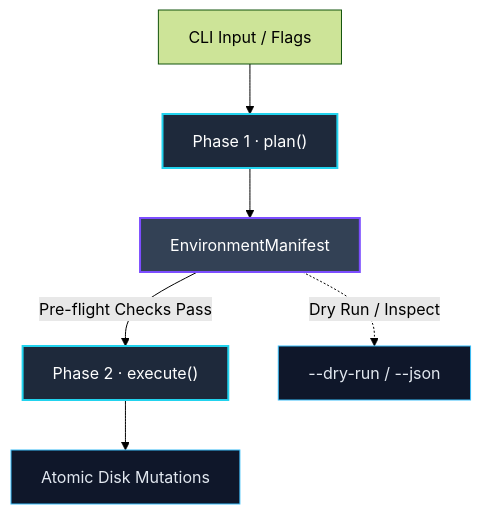
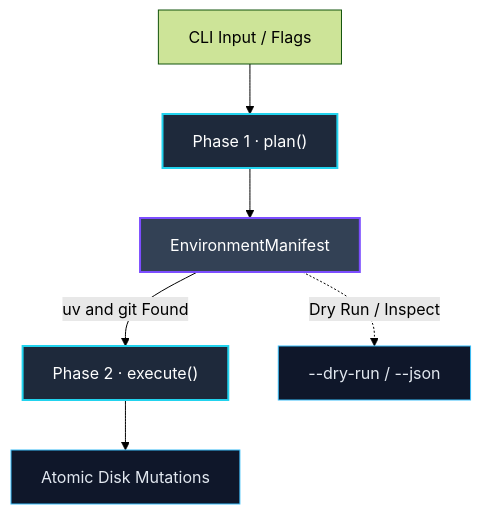
One commit to JacksonFergusonDev/protostar changed the first of 2 diagrams in docs/design-principles.md. Above: the diagram before and after it, drawn with Mermaid (forest theme). The commit also changed other lines of this file and 46 other files, not shown here.

First line of the commit message:
feat(engine)!: missing tools are data, not a fatal pre-flight (#345)

````diff
--- a/docs/design-principles.md
+++ b/docs/design-principles.md
@@ -59,12 +59,12 @@
 ```mermaid
 flowchart TD
     classDef phase fill:#1e293b,stroke:#22d3ee,stroke-width:2px,color:#fff;
     classDef manifest fill:#334155,stroke:#7c4dff,stroke-width:2px,color:#fff;
     classDef action fill:#0f172a,stroke:#38bdf8,stroke-width:1px,color:#e2e8f0;
 
     A[CLI Input / Flags] --> B["Phase 1 · plan()"]:::phase
     B --> C[EnvironmentManifest]:::manifest
-    C -->|Pre-flight Checks Pass| D["Phase 2 · execute()"]:::phase
+    C -->|uv and git Found| D["Phase 2 · execute()"]:::phase
     C -.->|Dry Run / Inspect| E[--dry-run / --json]:::action
     D --> F[Atomic Disk Mutations]:::action
 ```
````
